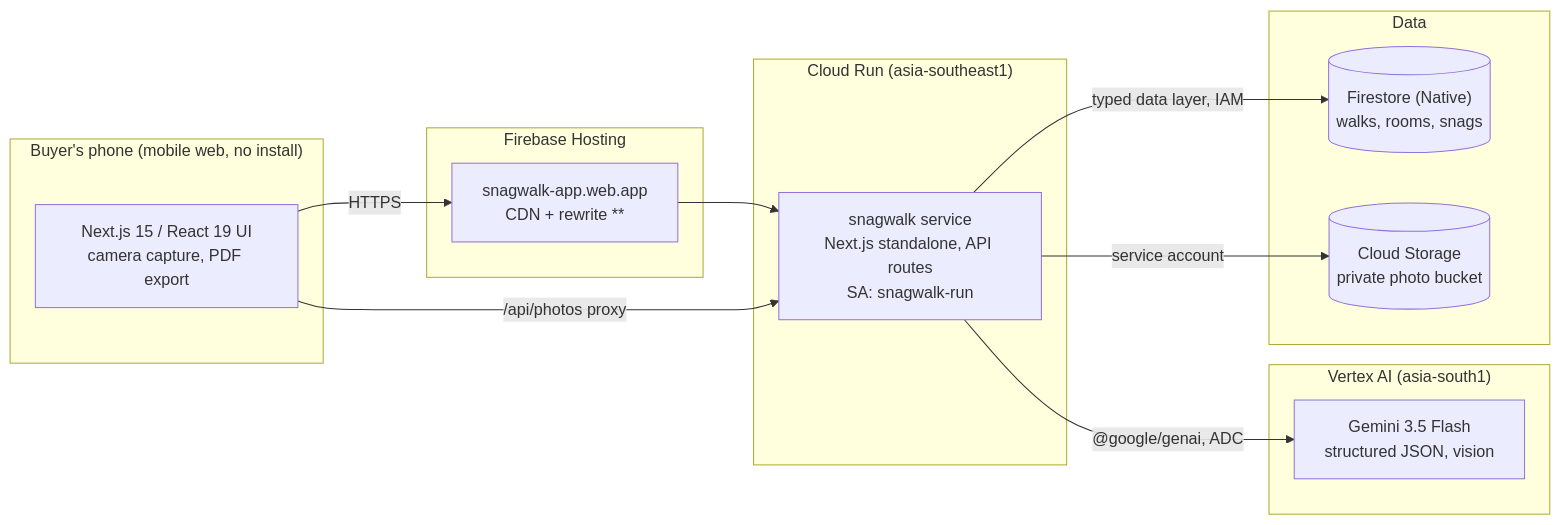
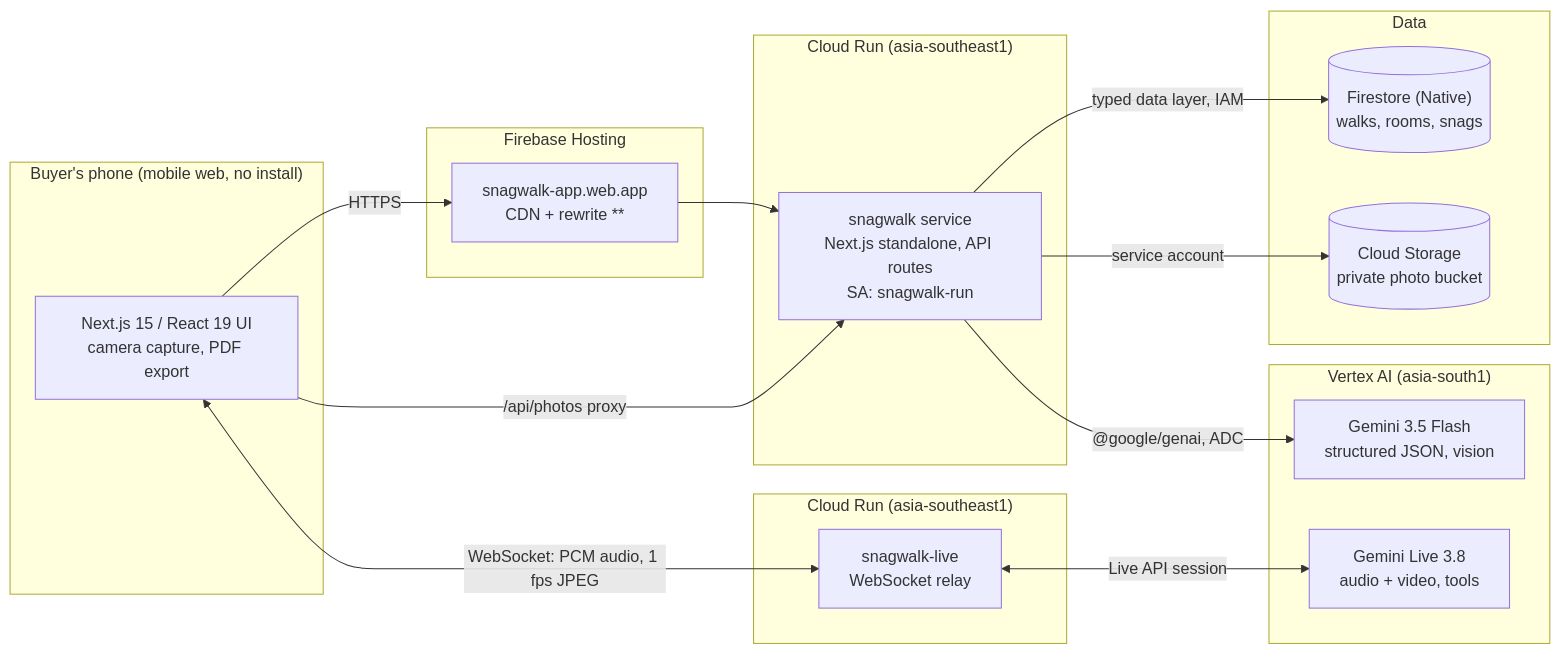
The diagram in docs/ARCHITECTURE.md (omkarmalji/snagwalk), drawn with Mermaid before and after one commit. The commit also changed other lines of this file and 12 other files, not shown here.

First line of the commit message:
Live inspector: Gemini Live voice and video, with defect logging

````diff
--- a/docs/ARCHITECTURE.md
+++ b/docs/ARCHITECTURE.md
@@ -5,29 +5,36 @@
 ```mermaid
 flowchart LR
   subgraph Phone["Buyer's phone (mobile web, no install)"]
     UI["Next.js 15 / React 19 UI<br/>camera capture, PDF export"]
   end
 
   subgraph Edge["Firebase Hosting"]
     CDN["snagwalk-app.web.app<br/>CDN + rewrite **"]
   end
 
   subgraph Run["Cloud Run (asia-southeast1)"]
     APP["snagwalk service<br/>Next.js standalone, API routes<br/>SA: snagwalk-run"]
   end
 
   subgraph AI["Vertex AI (asia-south1)"]
     GEM["Gemini 3.5 Flash<br/>structured JSON, vision"]
+    LIVEM["Gemini Live 3.8<br/>audio + video, tools"]
+  end
+
+  subgraph RunLive["Cloud Run (asia-southeast1)"]
+    RELAY["snagwalk-live<br/>WebSocket relay"]
   end
 
   subgraph Data["Data"]
     FS[("Firestore (Native)<br/>walks, rooms, snags")]
     GCS[("Cloud Storage<br/>private photo bucket")]
   end
 
   UI -->|HTTPS| CDN --> APP
   APP -->|"@google/genai, ADC"| GEM
   APP -->|"typed data layer, IAM"| FS
   APP -->|"service account"| GCS
   UI -->|"/api/photos proxy"| APP
+  UI <-->|"WebSocket: PCM audio, 1 fps JPEG"| RELAY
+  RELAY <-->|"Live API session"| LIVEM
 ```
````
